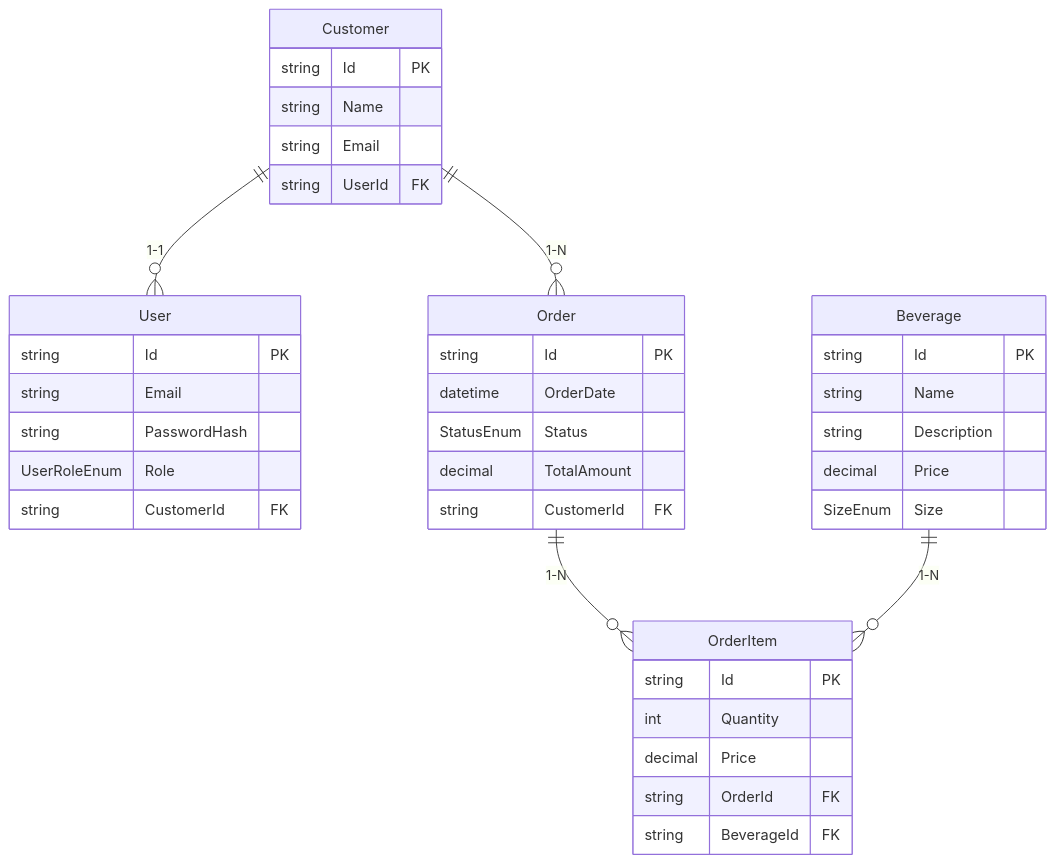
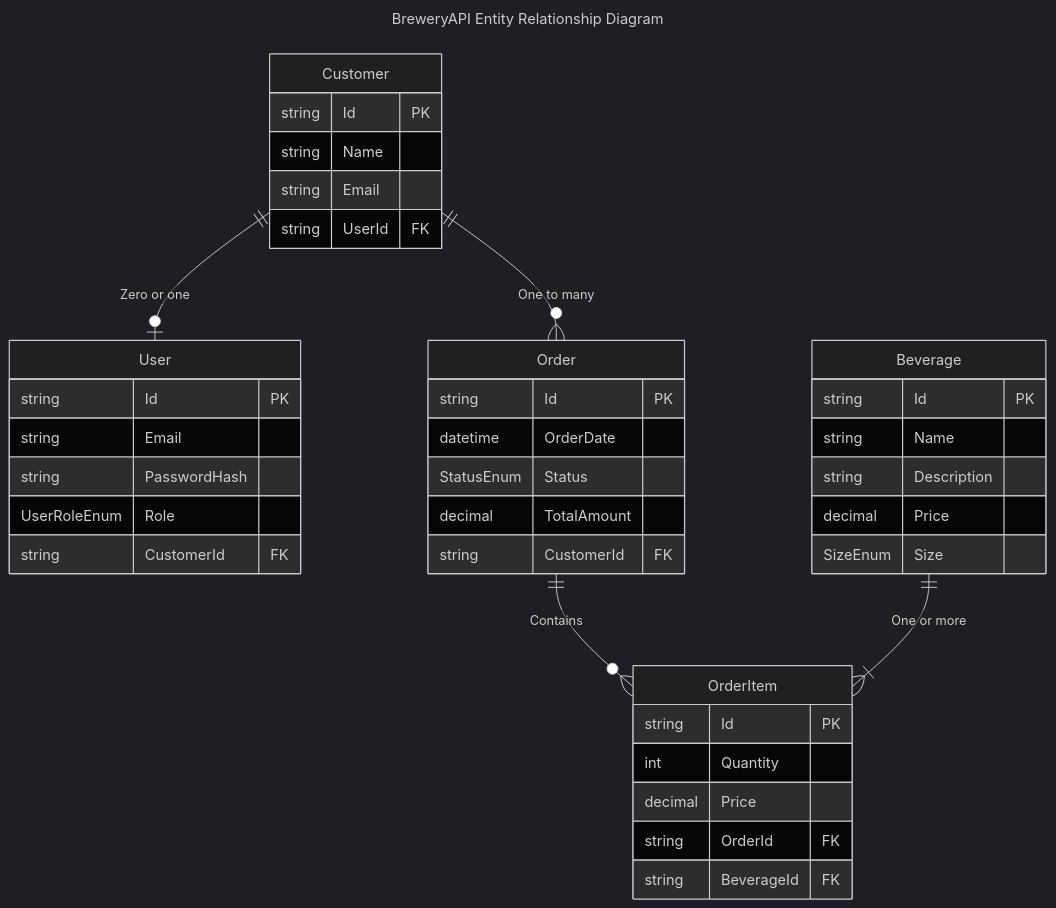
One commit to Cal-ly/BreweryShowcase changed the first of 4 diagrams in README.md. Above: the diagram before and after it, drawn with Mermaid. The commit also changed other lines of this file, not shown here.

````diff
--- a/README.md
+++ b/README.md
@@ -65,46 +65,51 @@
 ```mermaid
+---
+title: BreweryAPI Entity Relationship Diagram
+config:
+  theme: dark
+---
 erDiagram
     Customer {
         string Id PK
         string Name
         string Email
         string UserId FK
     }
     
     User {
         string Id PK
         string Email
         string PasswordHash
         UserRoleEnum Role
         string CustomerId FK
     }
     
     Order {
         string Id PK
         datetime OrderDate
         StatusEnum Status
         decimal TotalAmount
         string CustomerId FK
     }
     
     OrderItem {
         string Id PK
         int Quantity
         decimal Price
         string OrderId FK
         string BeverageId FK
     }
     
     Beverage {
         string Id PK
         string Name
         string Description
         decimal Price
         SizeEnum Size
     }
     
-    Customer ||--o{ User : "1-1"
-    Customer ||--o{ Order : "1-N"
-    Order ||--o{ OrderItem : "1-N"
-    Beverage ||--o{ OrderItem : "1-N"
+    Customer ||--o| User : "Zero or one"
+    Customer ||--o{ Order : "One to many"
+    Order ||--o{ OrderItem : "Contains"
+    Beverage ||--|{ OrderItem : "One or more"
 ```
````
